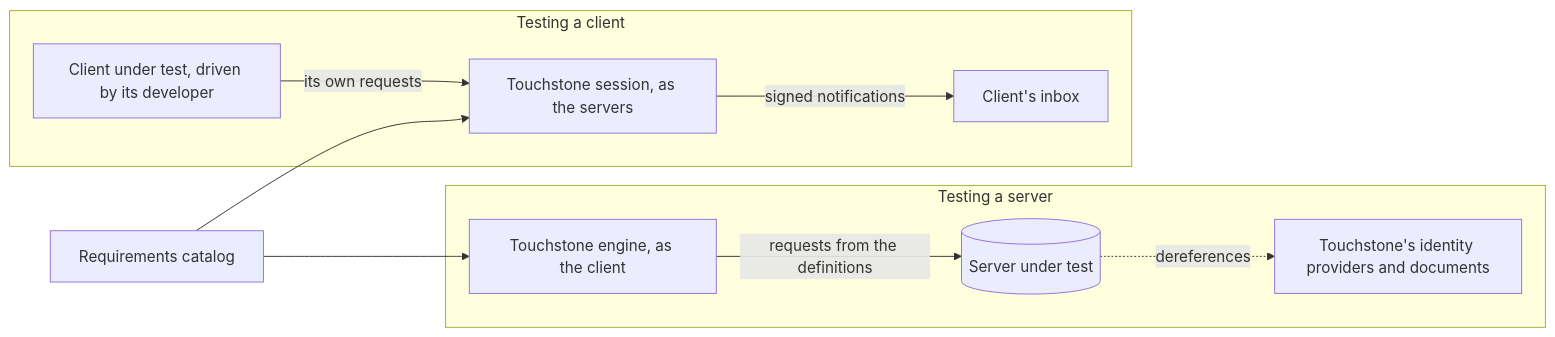
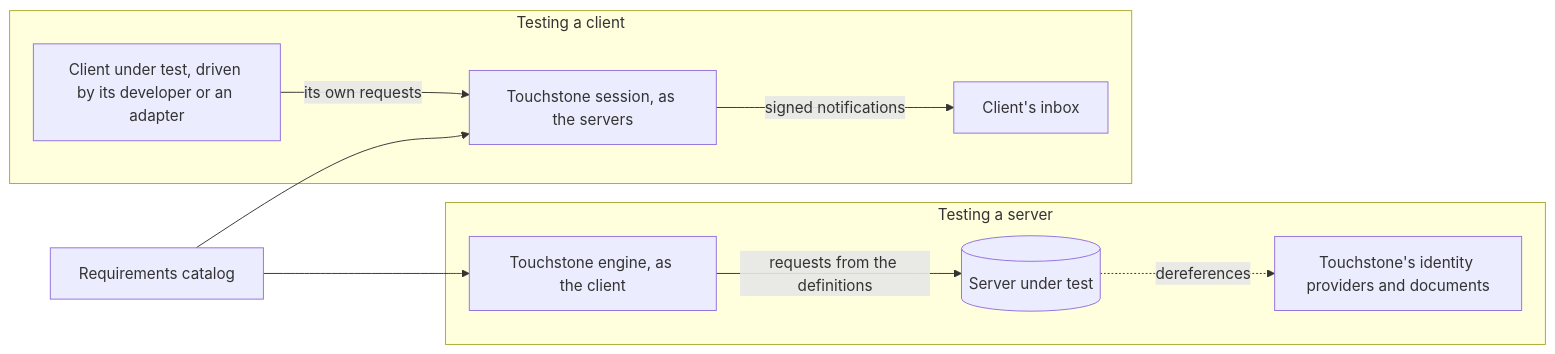
Before and after one commit to ebremer/touchstone: the diagram in docs/methodology.md, drawn with Mermaid. The commit also changed other lines of this file and 23 other files, not shown here.

````diff
--- a/docs/methodology.md
+++ b/docs/methodology.md
@@ -24,14 +24,14 @@
 ```mermaid
 flowchart LR
     CAT[Requirements catalog]
     subgraph server[Testing a server]
         ENG[Touchstone engine, as the client] -->|requests from the definitions| SUT[(Server under test)]
         SUT -.->|dereferences| FIX[Touchstone's identity providers and documents]
     end
     subgraph client[Testing a client]
-        CUT[Client under test, driven by its developer] -->|its own requests| SES[Touchstone session, as the servers]
+        CUT[Client under test, driven by its developer or an adapter] -->|its own requests| SES[Touchstone session, as the servers]
         SES -->|signed notifications| INBOX[Client's inbox]
     end
     CAT --> ENG
     CAT --> SES
 ```
````
